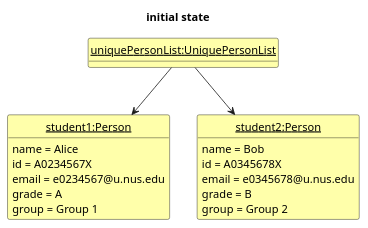
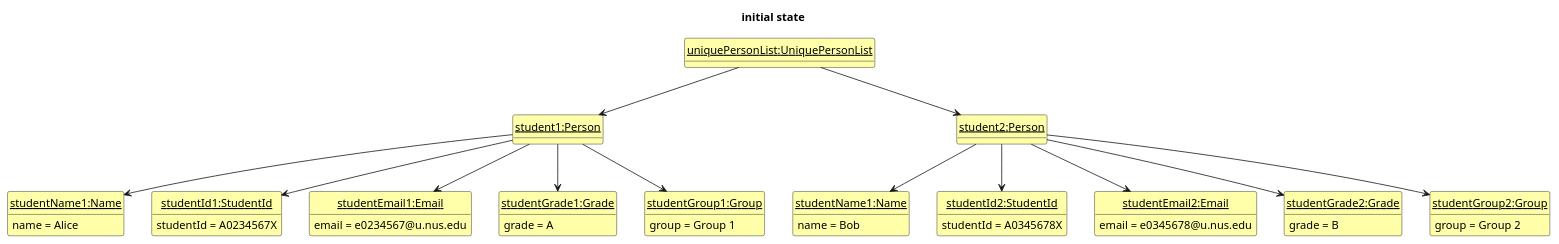
One commit to willowisp01/tp changed the diagram in docs/diagrams/AddState1.puml. Above: the diagram before and after it, drawn with PlantUML. The commit also changed 3 other files, not shown here.

Commit message:
Update the AddState diagrams

```diff
--- a/docs/diagrams/AddState1.puml
+++ b/docs/diagrams/AddState1.puml
@@ -1,33 +1,59 @@
 @startuml
 'https://plantuml.com/class-diagram
 
 hide circle
 hide methods
 skinparam ClassFontColor #000000
 skinparam ClassBorderColor #000000
 skinparam ClassBackgroundColor #FFFFAA
 
 title initial state
 
 class uniquePersonList as "<u>uniquePersonList:UniquePersonList</u>"
-class student1 as "<u>student1:Person</u>" {
+class student1 as "<u>student1:Person</u>" {}
+class student2 as "<u>student2:Person</u>" {}
+class studentName1 as "<u>studentName1:Name</u>" {
     name = Alice
-    id = A0234567X
+}
+class studentName2 as "<u>studentName1:Name</u>" {
+    name = Bob
+}
+class studentId1 as "<u>studentId1:StudentId</u>" {
+    studentId = A0234567X
+}
+class studentId2 as "<u>studentId2:StudentId</u>" {
+    studentId = A0345678X
+}
+class studentEmail1 as "<u>studentEmail1:Email</u>" {
     email = e0234567@u.nus.edu
+}
+class studentEmail2 as "<u>studentEmail2:Email</u>" {
+    email = e0345678@u.nus.edu
+}
+class studentGrade1 as "<u>studentGrade1:Grade</u>" {
     grade = A
+}
+class studentGrade2 as "<u>studentGrade2:Grade</u>" {
+    grade = B
+}
+class studentGroup1 as "<u>studentGroup1:Group</u>" {
     group = Group 1
 }
-class student2 as "<u>student2:Person</u>" {
-    name = Bob
-    id = A0345678X
-    email = e0345678@u.nus.edu
-    grade = B
+class studentGroup2 as "<u>studentGroup2:Group</u>" {
     group = Group 2
 }
-
 student1 -[hidden]right-> student2
 
 uniquePersonList -down-> student1
 uniquePersonList -down-> student2
-
+student1 -down-> studentName1
+student2 -down-> studentName2
+student1 -down-> studentId1
+student2 -down-> studentId2
+student1 -down-> studentEmail1
+student2 -down-> studentEmail2
+student1 -down-> studentGrade1
+student2 -down-> studentGrade2
+student1 -down-> studentGroup1
+student2 -down-> studentGroup2
 @enduml
```
